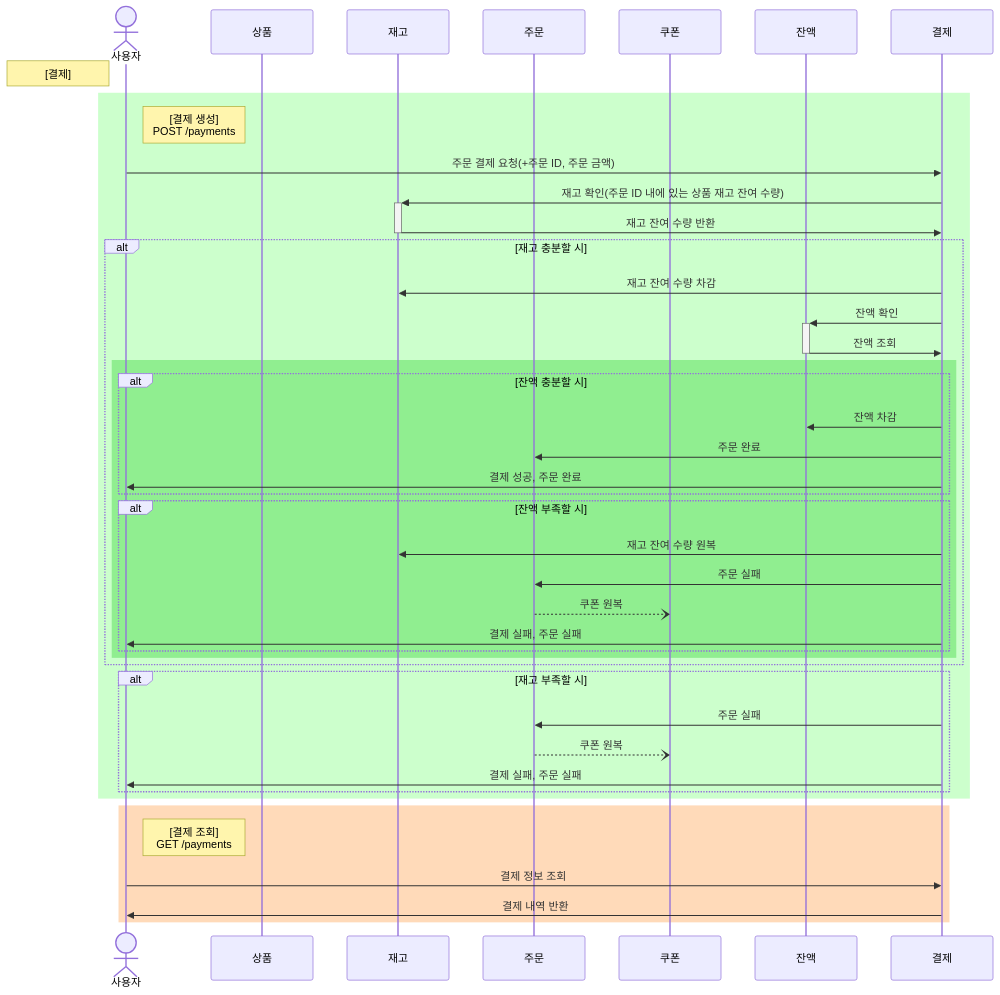
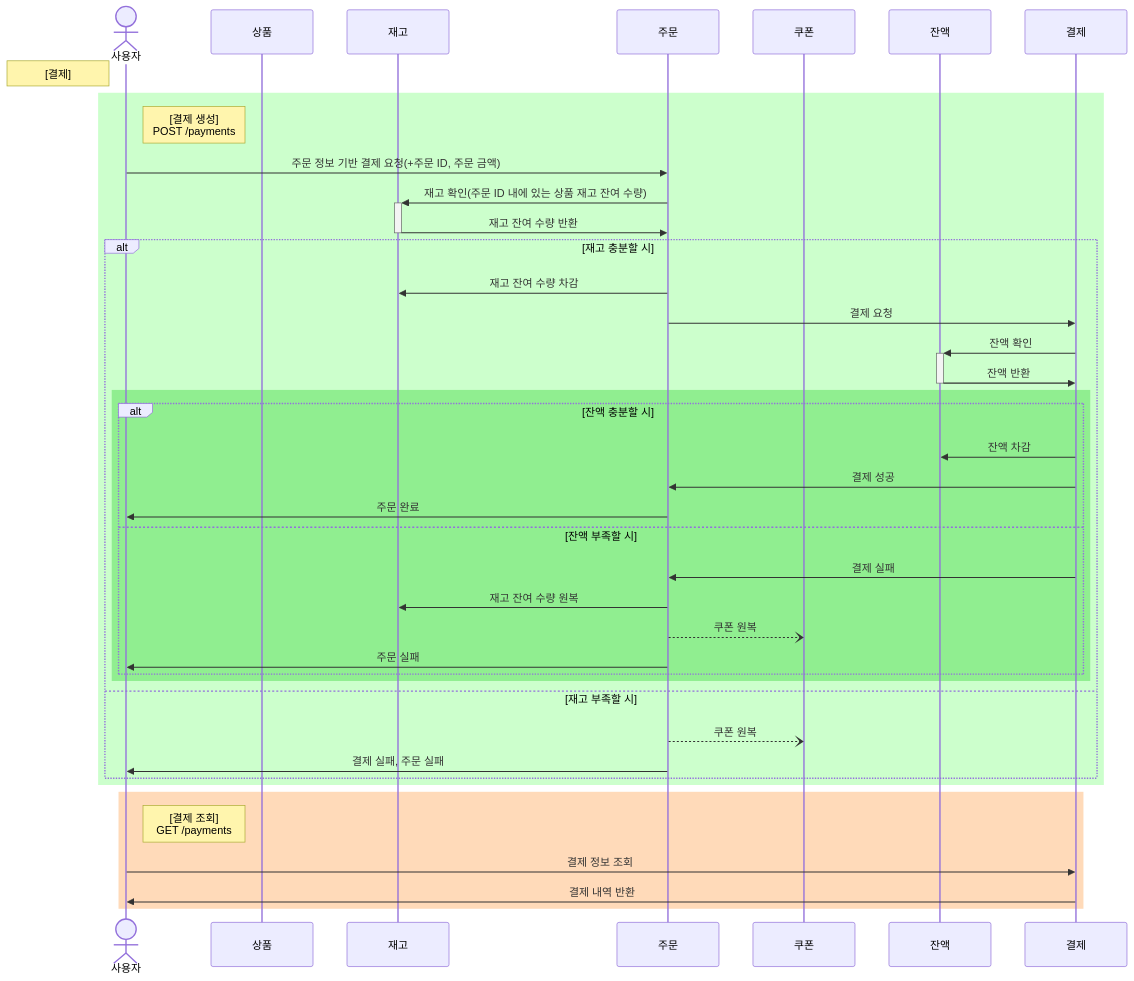
One commit to HangHae-Study/e-commerce- changed the third of 3 diagrams in docs/01_시퀀스_다이어그램.md. Above: the diagram before and after it, drawn with Mermaid. The commit also changed other lines of this file and 1 other file, not shown here.

Commit message:
[DOCS] 멘토링 이후, 시퀀스 다이어그램 수정 및 추가

````diff
--- a/docs/01_시퀀스_다이어그램.md
+++ b/docs/01_시퀀스_다이어그램.md
@@ -108,46 +110,45 @@
 ```mermaid
 sequenceDiagram
     actor 사용자
     participant 상품
     participant 재고
     participant 주문
     participant 쿠폰
     participant 잔액
     participant 결제    
     
     Note left of 사용자: [결제]
     rect rgb(204, 255, 204)
         Note right of 사용자: [결제 생성]<br/>POST /payments
-        사용자->>결제: 주문 결제 요청(+주문 ID, 주문 금액)
-        결제->>+재고: 재고 확인(주문 ID 내에 있는 상품 재고 잔여 수량)
-        재고->>-결제: 재고 잔여 수량 반환
+        사용자->>주문: 주문 정보 기반 결제 요청(+주문 ID, 주문 금액)
+        
+        주문->>+재고: 재고 확인(주문 ID 내에 있는 상품 재고 잔여 수량)
+        재고->>-주문: 재고 잔여 수량 반환
         alt 재고 충분할 시
-            결제->>재고: 재고 잔여 수량 차감
+            주문->>재고: 재고 잔여 수량 차감
+            주문->>결제: 결제 요청
             결제->>+잔액: 잔액 확인
-            잔액->>-결제: 잔액 조회
+            잔액->>-결제: 잔액 반환
             rect rgb(144, 238, 144)
                 alt 잔액 충분할 시
                     결제->>잔액: 잔액 차감
-                    결제->>주문 : 주문 완료
-                    결제->>사용자: 결제 성공, 주문 완료
-                end
-                alt 잔액 부족할 시
-                    결제->>재고: 재고 잔여 수량 원복
-                    결제->>주문: 주문 실패
+                    결제->>주문 : 결제 성공
+                    주문->>사용자: 주문 완료
+                else 잔액 부족할 시
+                    결제->>주문: 결제 실패
+                    주문->>재고: 재고 잔여 수량 원복
                     주문--)쿠폰: 쿠폰 원복
-                    결제->>사용자 : 결제 실패, 주문 실패
+                    주문->>사용자 : 주문 실패
                 end
             end
-        end
-        alt 재고 부족할 시
-            결제->>주문: 주문 실패
+        else 재고 부족할 시
             주문--)쿠폰: 쿠폰 원복
-            결제->>사용자: 결제 실패, 주문 실패
+            주문->>사용자: 결제 실패, 주문 실패
         end
     end
     rect rgb(255, 218, 185)
         Note right of 사용자: [결제 조회]<br/>GET /payments
         사용자->>결제: 결제 정보 조회
         결제->>사용자: 결제 내역 반환
     end
 ```
````
